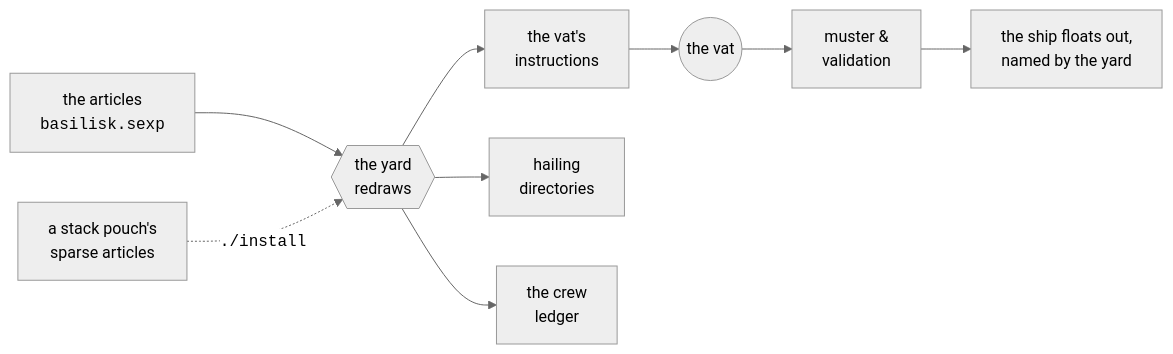
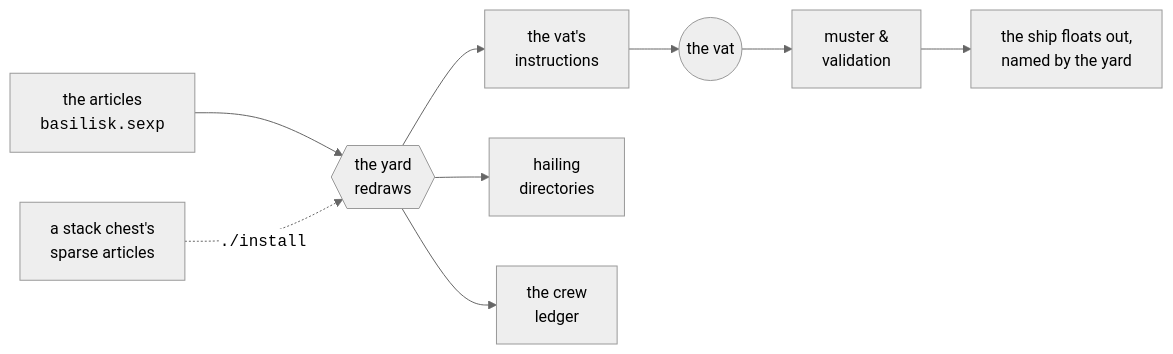
The first of 2 diagrams in BASILISK.md (gornskew/basilisk), drawn with Mermaid (neutral theme) before and after one commit. The commit also changed other lines of this file and 1 other file, not shown here.

````diff
--- a/BASILISK.md
+++ b/BASILISK.md
@@ -57,11 +59,11 @@
 ```mermaid
 flowchart LR
     A["the articles<br/><code>basilisk.sexp</code>"] --> Y{{"the yard<br/>redraws"}}
-    O["a stack pouch's<br/>sparse articles"] -. "<code>./install</code>" .-> Y
+    O["a stack chest's<br/>sparse articles"] -. "<code>./install</code>" .-> Y
     Y --> P["the vat's<br/>instructions"]
     Y --> H["hailing<br/>directories"]
     Y --> L["the crew<br/>ledger"]
     P --> V(("the vat"))
     V --> M["muster &<br/>validation"]
     M --> S["the ship floats out,<br/>named by the yard"]
 ```
````
